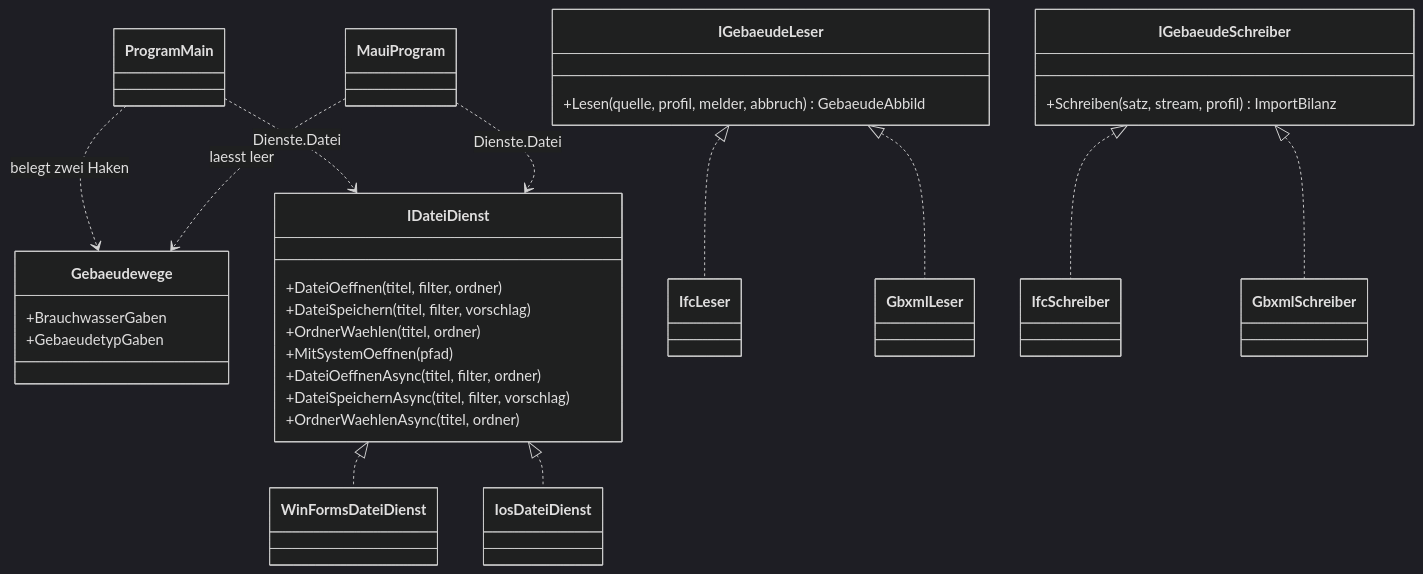
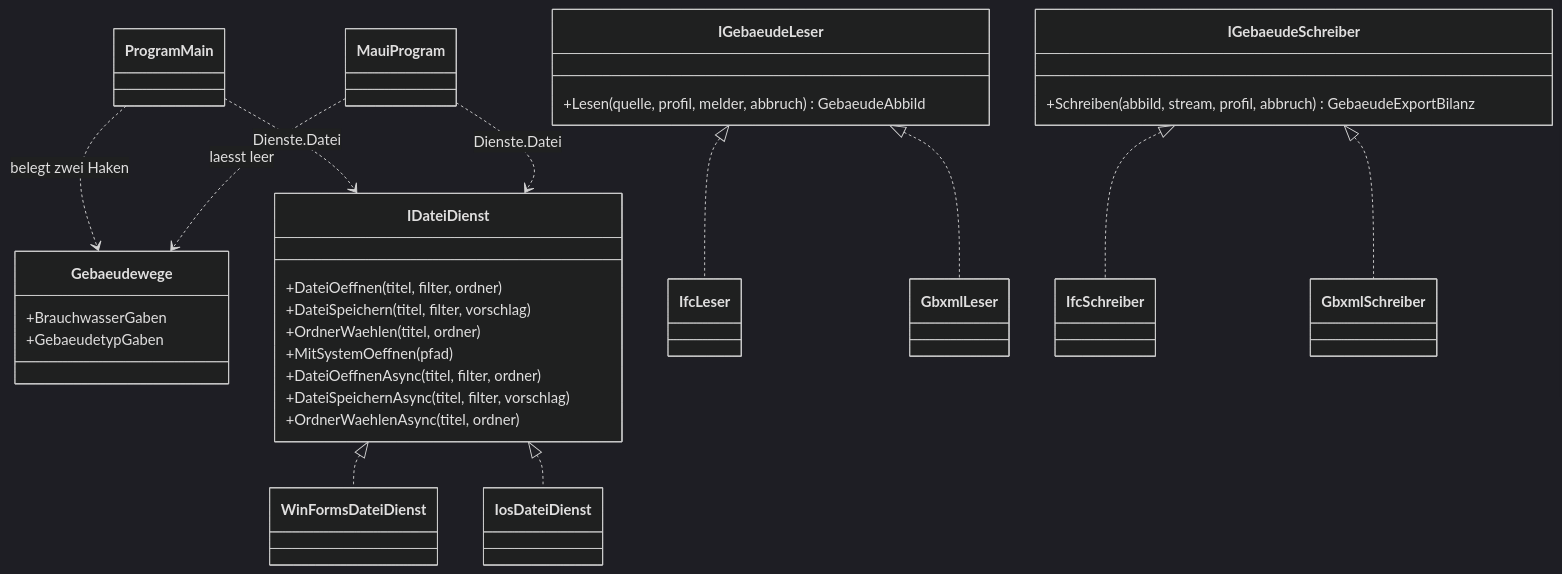
Before and after one commit to inekon/EPOS-Plan: the third of 16 diagrams in Dokumentation/aktuell/Softwarearchitektur_Gebaeudesimulation_EPOS-Plan.md, drawn with Mermaid (dark theme). The commit also changed other lines of this file and 7 other files, not shown here.

````diff
--- a/Dokumentation/aktuell/Softwarearchitektur_Gebaeudesimulation_EPOS-Plan.md
+++ b/Dokumentation/aktuell/Softwarearchitektur_Gebaeudesimulation_EPOS-Plan.md
@@ -546,41 +546,41 @@
 ```mermaid
 classDiagram
   class Gebaeudewege {
     +BrauchwasserGaben
     +GebaeudetypGaben
   }
   class IGebaeudeLeser {
     +Lesen(quelle, profil, melder, abbruch) GebaeudeAbbild
   }
   class IGebaeudeSchreiber {
-    +Schreiben(satz, stream, profil) ImportBilanz
+    +Schreiben(abbild, stream, profil, abbruch) GebaeudeExportBilanz
   }
   class IDateiDienst {
     +DateiOeffnen(titel, filter, ordner)
     +DateiSpeichern(titel, filter, vorschlag)
     +OrdnerWaehlen(titel, ordner)
     +MitSystemOeffnen(pfad)
     +DateiOeffnenAsync(titel, filter, ordner)
     +DateiSpeichernAsync(titel, filter, vorschlag)
     +OrdnerWaehlenAsync(titel, ordner)
   }
   class IfcLeser
   class GbxmlLeser
   class IfcSchreiber
   class GbxmlSchreiber
   class WinFormsDateiDienst
   class IosDateiDienst
   class ProgramMain
   class MauiProgram
 
   IGebaeudeLeser <|.. IfcLeser
   IGebaeudeLeser <|.. GbxmlLeser
   IGebaeudeSchreiber <|.. IfcSchreiber
   IGebaeudeSchreiber <|.. GbxmlSchreiber
   IDateiDienst <|.. WinFormsDateiDienst
   IDateiDienst <|.. IosDateiDienst
   ProgramMain ..> Gebaeudewege : belegt zwei Haken
   MauiProgram ..> Gebaeudewege : laesst leer
   ProgramMain ..> IDateiDienst : Dienste.Datei
   MauiProgram ..> IDateiDienst : Dienste.Datei
 ```
````
